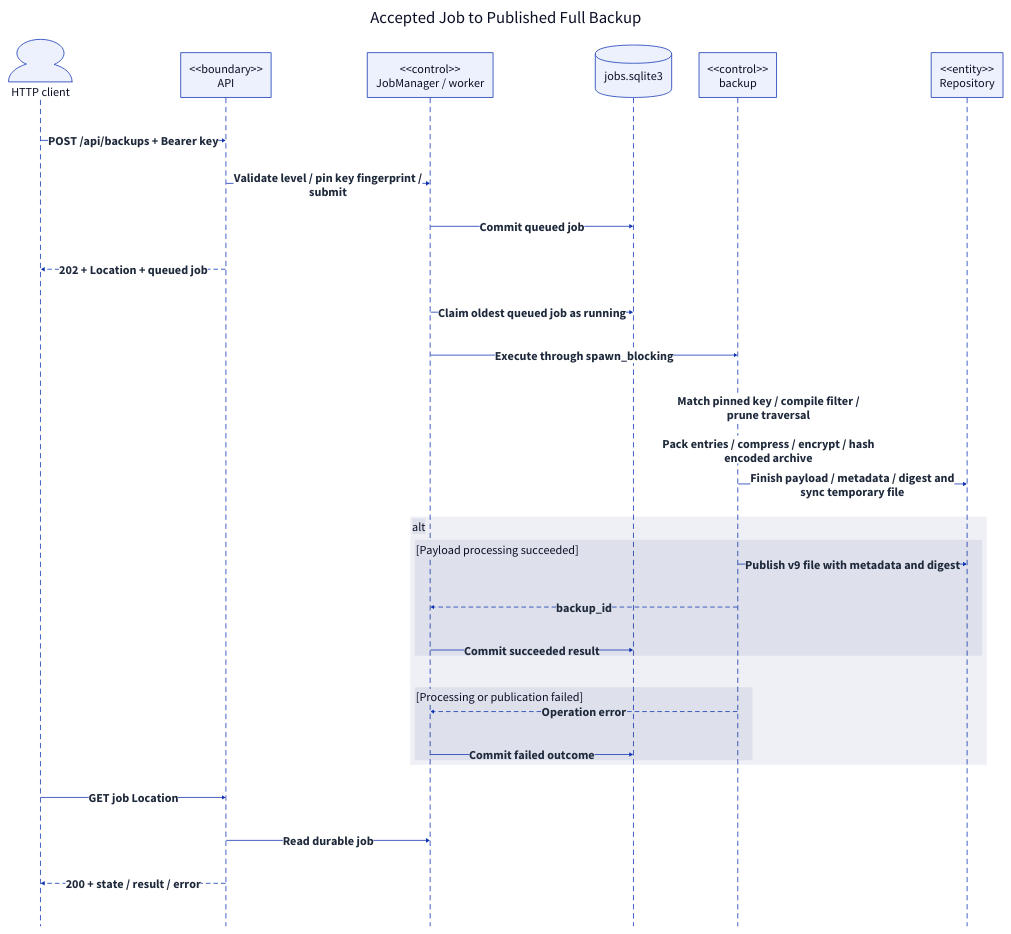
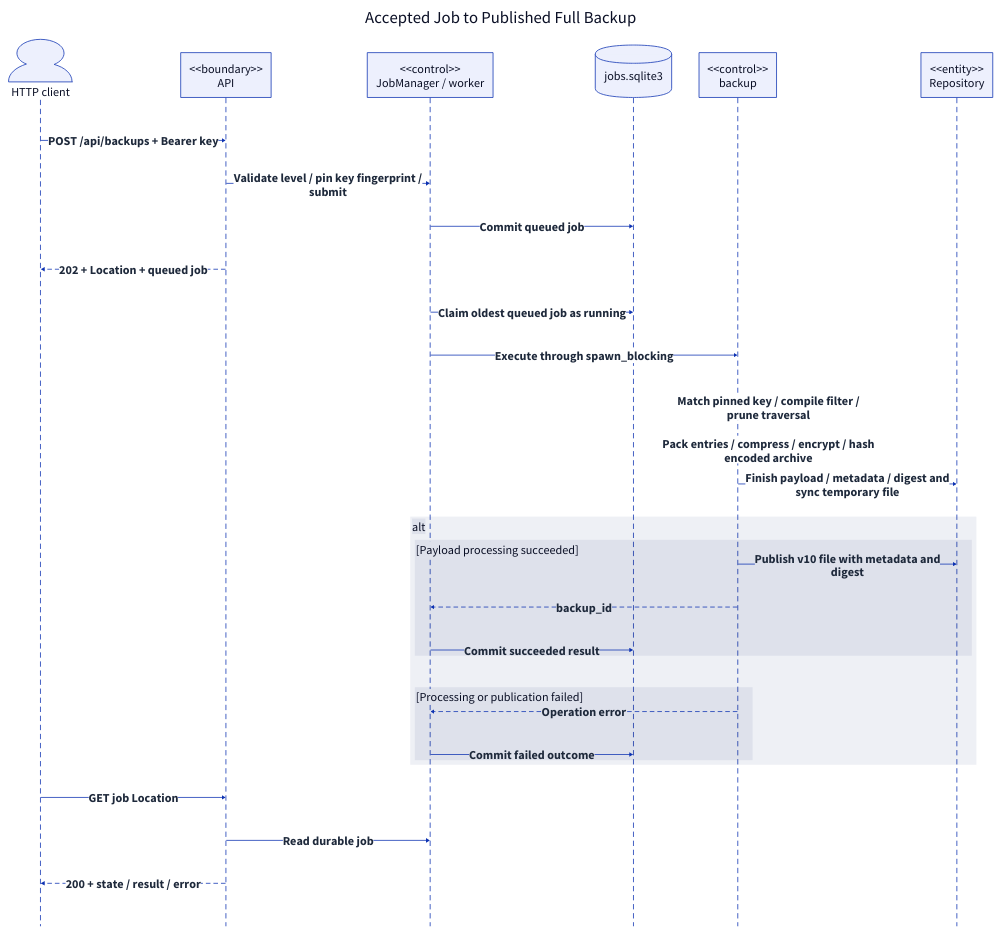
The diagram in docs/report/generated/system-sequence-backup.d2 (qi7876/software-development-exp), drawn with D2 before and after one commit. The commit also changed 15 other files, not shown here.

```diff
--- a/docs/report/generated/system-sequence-backup.d2
+++ b/docs/report/generated/system-sequence-backup.d2
@@ -1,41 +1,41 @@
 # Generated from docs/report/model.yaml; do not edit directly.
 direction: down
 **.style.font-size: 32
 (** -> **)[*].style: {font-size: 32; bold: true; italic: false; font-color: "#1E293B"}
 (** -- **)[*].style: {font-size: 32; bold: true; italic: false; font-color: "#1E293B"}
 (** <- **)[*].style: {font-size: 32; bold: true; italic: false; font-color: "#1E293B"}
 diagram: "Accepted Job to Published Full Backup" {
   style.font-size: 44
   style.fill: white
   style.stroke: transparent
   shape: sequence_diagram
   Client: "HTTP client" {shape: person}
   API: "<<boundary>>\nAPI" {shape: rectangle}
   Jobs: "<<control>>\nJobManager / worker" {shape: rectangle}
   DB: "jobs.sqlite3" {shape: cylinder}
   Backup: "<<control>>\nbackup" {shape: rectangle}
   Repo: "<<entity>>\nRepository" {shape: rectangle}
   Client -> API: "POST /api/backups + Bearer key"
   API -> Jobs: "Validate level / pin key fingerprint /\nsubmit"
   Jobs -> DB: "Commit queued job"
   API -> Client: "202 + Location + queued job" {style.stroke-dash: 5}
   Jobs -> DB: "Claim oldest queued job as running"
   Jobs -> Backup: "Execute through spawn_blocking"
   Backup -> Backup: "Match pinned key / compile filter /\nprune traversal"
   Backup -> Backup: "Pack entries / compress / encrypt / hash\nencoded archive"
   Backup -> Repo: "Finish payload / metadata / digest and\nsync temporary file"
   fragment_9: alt {
     branch_9: "[Payload processing succeeded]" {
-      Backup -> Repo: "Publish v9 file with metadata and digest"
+      Backup -> Repo: "Publish v10 file with metadata and\ndigest"
       Backup -> Jobs: "backup_id" {style.stroke-dash: 5}
       Jobs -> DB: "Commit succeeded result"
     }
     branch_13: "[Processing or publication failed]" {
       Backup -> Jobs: "Operation error" {style.stroke-dash: 5}
       Jobs -> DB: "Commit failed outcome"
     }
   }
   Client -> API: "GET job Location"
   API -> Jobs: "Read durable job"
   API -> Client: "200 + state / result / error" {style.stroke-dash: 5}
 }
```
